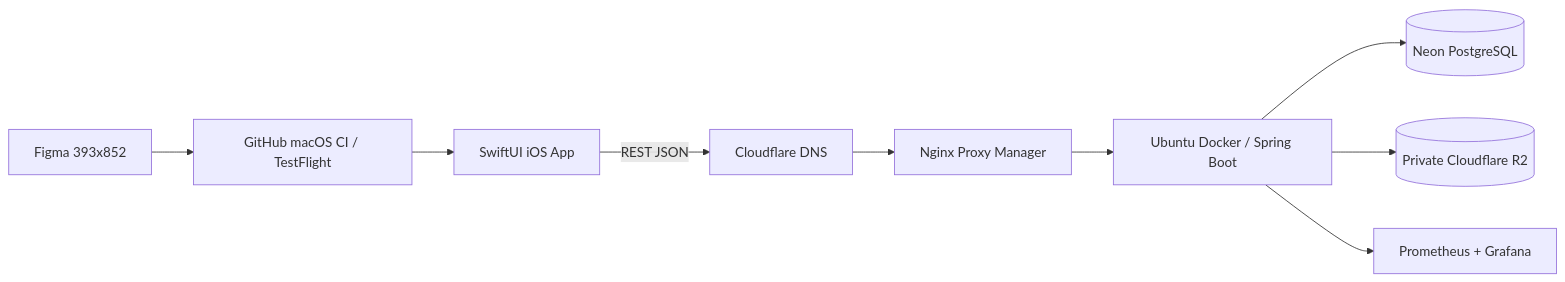
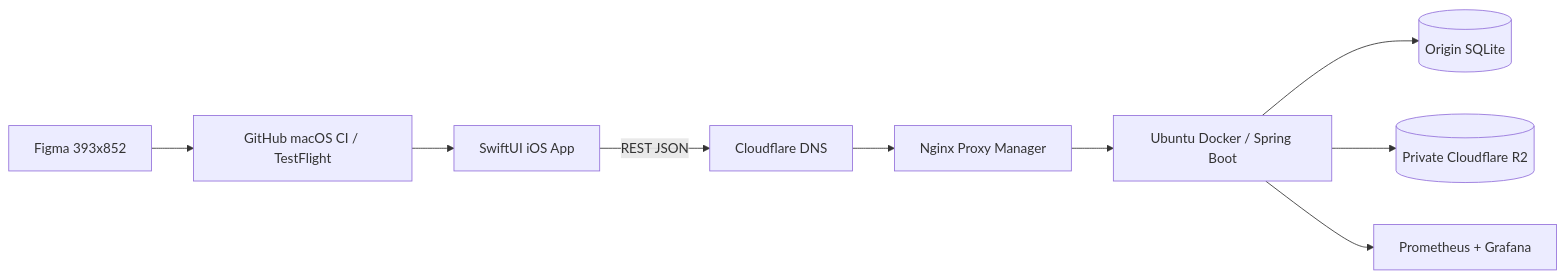
Before and after one commit to kim946509/moneysnap: the diagram in README.md, drawn with Mermaid. The commit also changed other lines of this file and 58 other files, not shown here.

First line of the commit message:
feat: replace Neon PostgreSQL with origin SQLite (#27)

````diff
--- a/README.md
+++ b/README.md
@@ -47,11 +47,11 @@
 ```mermaid
 flowchart LR
     IOS["SwiftUI iOS App"] -->|REST JSON| CF["Cloudflare DNS"]
     CF --> NPM["Nginx Proxy Manager"]
     NPM --> API["Ubuntu Docker / Spring Boot"]
-    API --> DB[("Neon PostgreSQL")]
+    API --> DB[("Origin SQLite")]
     API --> R2[("Private Cloudflare R2")]
     API --> MON["Prometheus + Grafana"]
     FIGMA["Figma 393x852"] --> CI["GitHub macOS CI / TestFlight"]
     CI --> IOS
 ```
````
